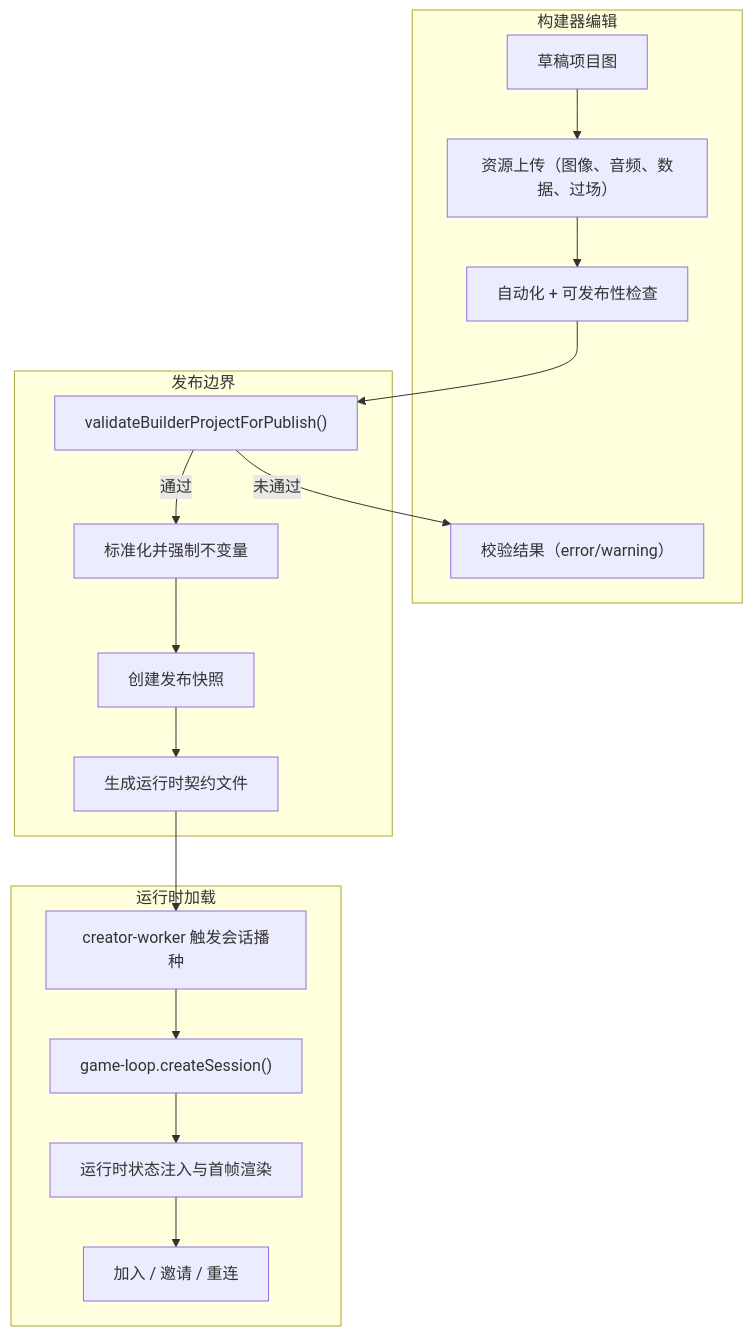
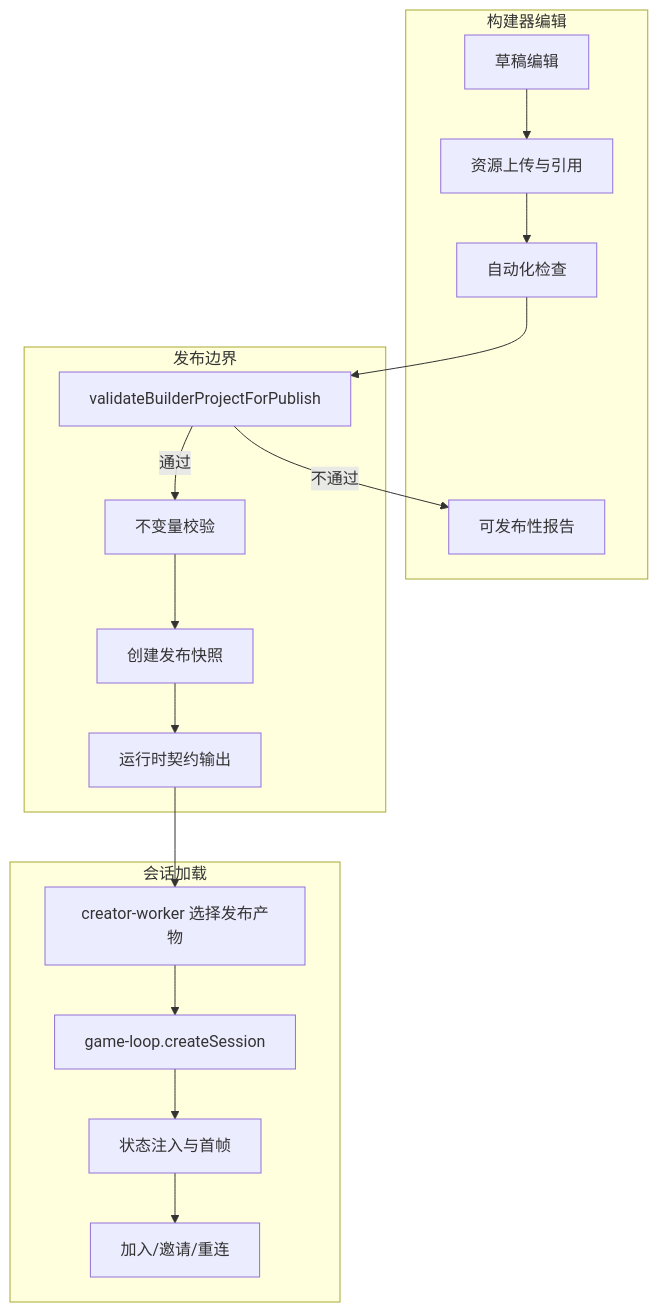
The eighth of 10 diagrams in README.md (d4551/tea), drawn with Mermaid before and after one commit. The commit also changed other lines of this file and 2 other files, not shown here.

````diff
--- a/README.md
+++ b/README.md
@@ -464,30 +459,28 @@
 ```mermaid
 flowchart TD
-  subgraph Authoring["构建器编辑"]
-    A1["草稿项目图"]
-    A2["资源上传（图像、音频、数据、过场）"]
-    A3["自动化 + 可发布性检查"]
-    A4["校验结果（error/warning）"]
+  subgraph 编辑阶段["构建器编辑"]
+    B1["草稿编辑"]
+    B2["资源上传与引用"]
+    B3["自动化检查"]
+    B4["可发布性报告"]
   end
 
-  subgraph Publish["发布边界"]
-    B1["validateBuilderProjectForPublish()"]
-    B2["标准化并强制不变量"]
-    B3["创建发布快照"]
-    B4["生成运行时契约文件"]
+  subgraph 发布阶段["发布边界"]
+    P1["validateBuilderProjectForPublish"]
+    P2["不变量校验"]
+    P3["创建发布快照"]
+    P4["运行时契约输出"]
   end
 
-  subgraph Runtime["运行时加载"]
-    C1["creator-worker 触发会话播种"]
-    C2["game-loop.createSession()"]
-    C3["运行时状态注入与首帧渲染"]
-    C4["加入 / 邀请 / 重连"]
+  subgraph 加载阶段["会话加载"]
+    R1["creator-worker 选择发布产物"]
+    R2["game-loop.createSession"]
+    R3["状态注入与首帧"]
+    R4["加入/邀请/重连"]
   end
 
-  A1 --> A2
-  A2 --> A3
-  A3 --> B1
-  B1 -->|通过| B2 --> B3 --> B4 --> C1
-  B1 -->|未通过| A4
-  C1 --> C2 --> C3 --> C4
+  B1 --> B2 --> B3 --> P1
+  P1 -->|通过| P2 --> P3 --> P4 --> R1
+  P1 -->|不通过| B4
+  R1 --> R2 --> R3 --> R4
 ```
````
